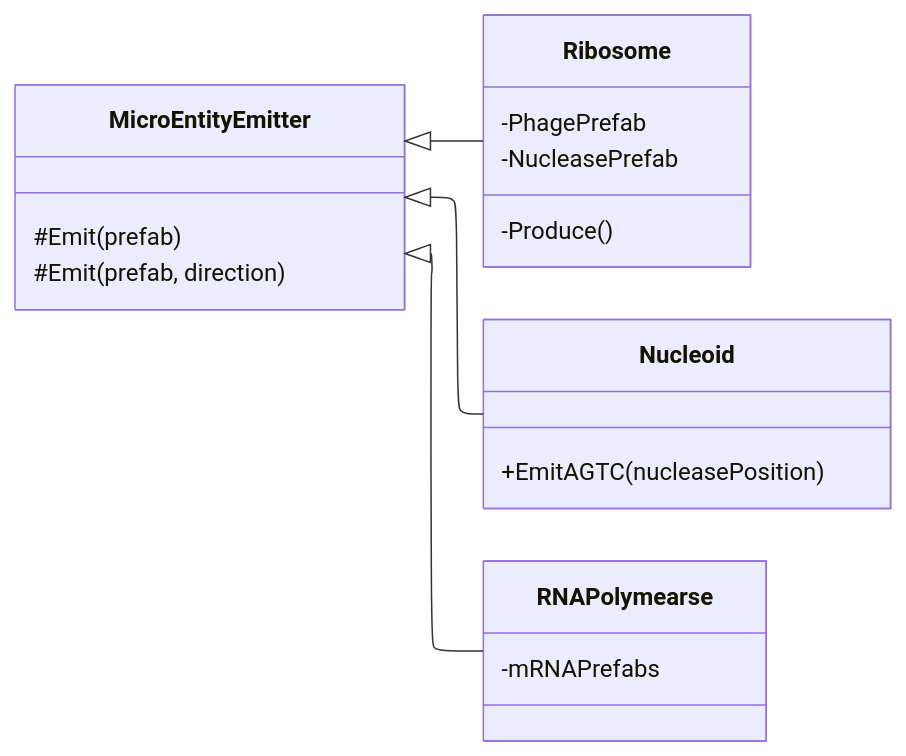
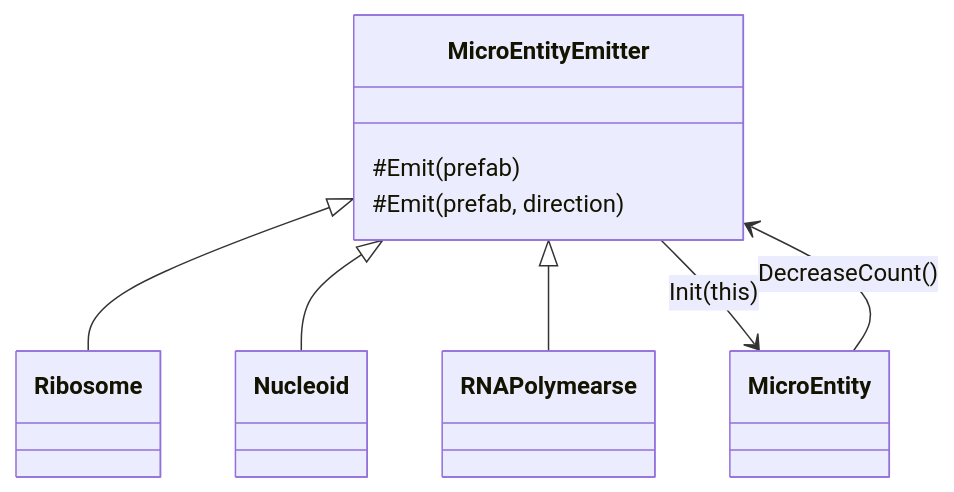
Before and after one commit to Lets-Gitit/portfolio: the fifth of 6 diagrams in src/0-super-phage/기술 문서.md, drawn with Mermaid. The commit also changed other lines of this file and 3 other files, not shown here.

````diff
--- a/src/0-super-phage/기술 문서.md
+++ b/src/0-super-phage/기술 문서.md
@@ -859,26 +345,13 @@
 ```mermaid
----
-config:
-  layout: elk
----
 classDiagram
-    direction LR
+    direction TB
     class MicroEntityEmitter {
         #Emit(prefab)
         #Emit(prefab, direction)
     }
-    class Ribosome {
-        -PhagePrefab
-        -NucleasePrefab
-        -Produce()
-    }
-    class Nucleoid {
-        +EmitAGTC(nucleasePosition)
-    }
-    class RNAPolymearse {
-        -mRNAPrefabs
-    }
     MicroEntityEmitter <|-- Ribosome
     MicroEntityEmitter <|-- Nucleoid
     MicroEntityEmitter <|-- RNAPolymearse
+    MicroEntityEmitter --> MicroEntity : Init(this)
+    MicroEntity --> MicroEntityEmitter : DecreaseCount()
 ```
````
